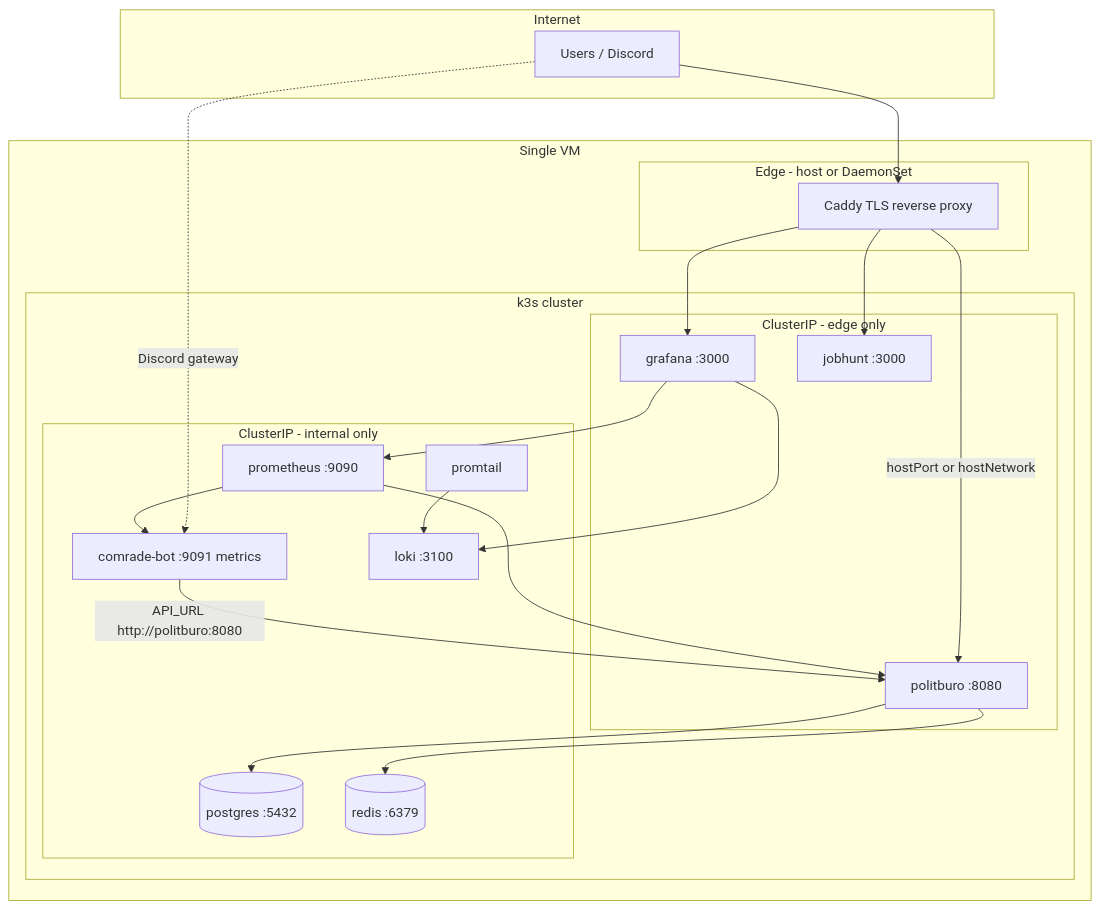
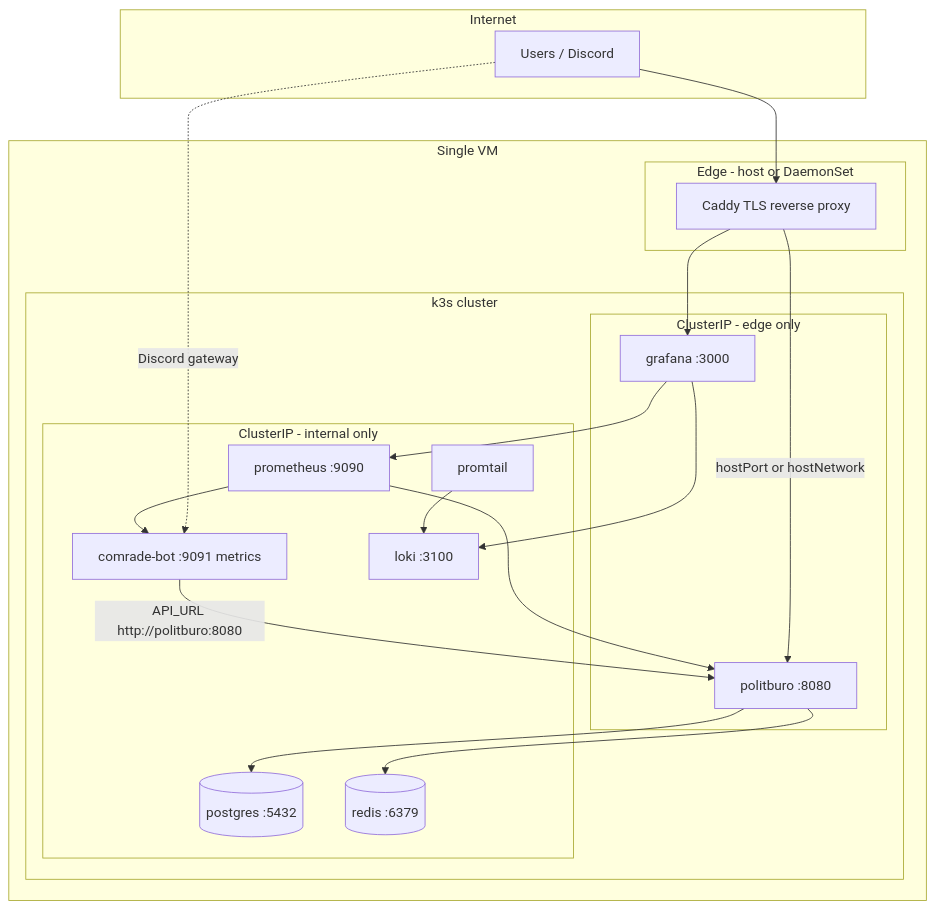
One commit to sanketpandia/comrade-bot changed the diagram in docs/politburo/future/production-kubernetes.md. Above: the diagram before and after it, drawn with Mermaid. The commit also changed other lines of this file and 232 other files, not shown here.

````diff
--- a/docs/politburo/future/production-kubernetes.md
+++ b/docs/politburo/future/production-kubernetes.md
@@ -92,44 +92,42 @@
 ```mermaid
 flowchart TB
   subgraph internet [Internet]
     Users[Users / Discord]
   end
 
   subgraph vm [Single VM]
     subgraph edge [Edge - host or DaemonSet]
       Caddy[Caddy TLS reverse proxy]
     end
 
     subgraph k3s [k3s cluster]
       subgraph public_svc [ClusterIP - edge only]
         PB[politburo :8080]
         GF[grafana :3000]
-        JH[jobhunt :3000]
       end
 
       subgraph internal_svc [ClusterIP - internal only]
         CB[comrade-bot :9091 metrics]
         PG[(postgres :5432)]
         RD[(redis :6379)]
         PR[prometheus :9090]
         LK[loki :3100]
         PT[promtail]
       end
 
       Caddy -->|hostPort or hostNetwork| PB
       Caddy --> GF
-      Caddy --> JH
       CB -->|API_URL http://politburo:8080| PB
       PB --> PG
       PB --> RD
       PR --> PB
       PR --> CB
       PT --> LK
       GF --> PR
       GF --> LK
     end
   end
 
   Users --> Caddy
   Users -.->|Discord gateway| CB
 ```
````
